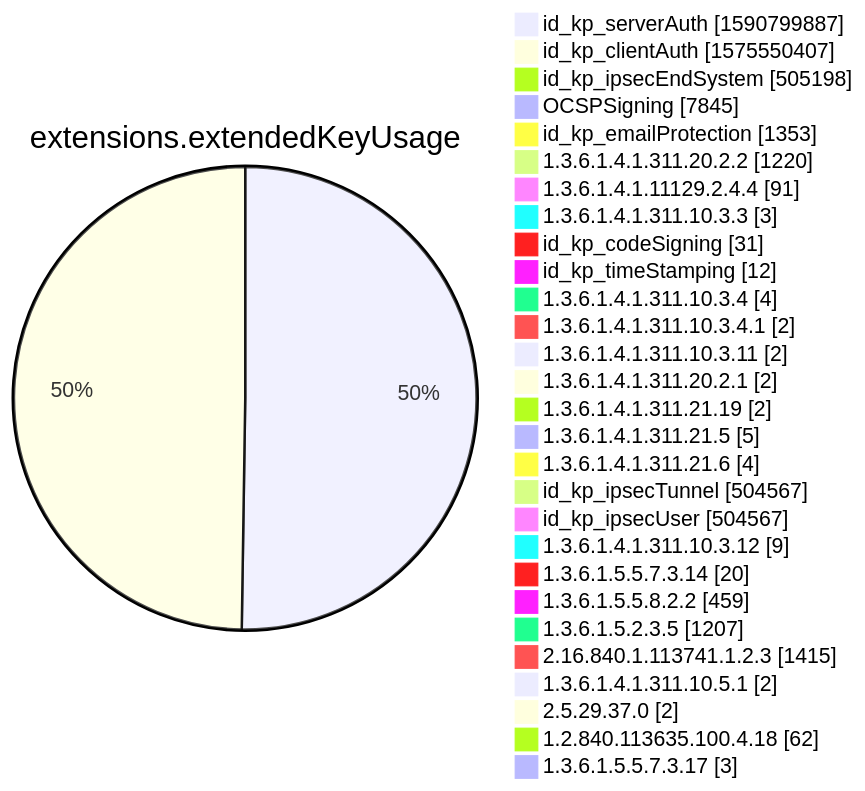
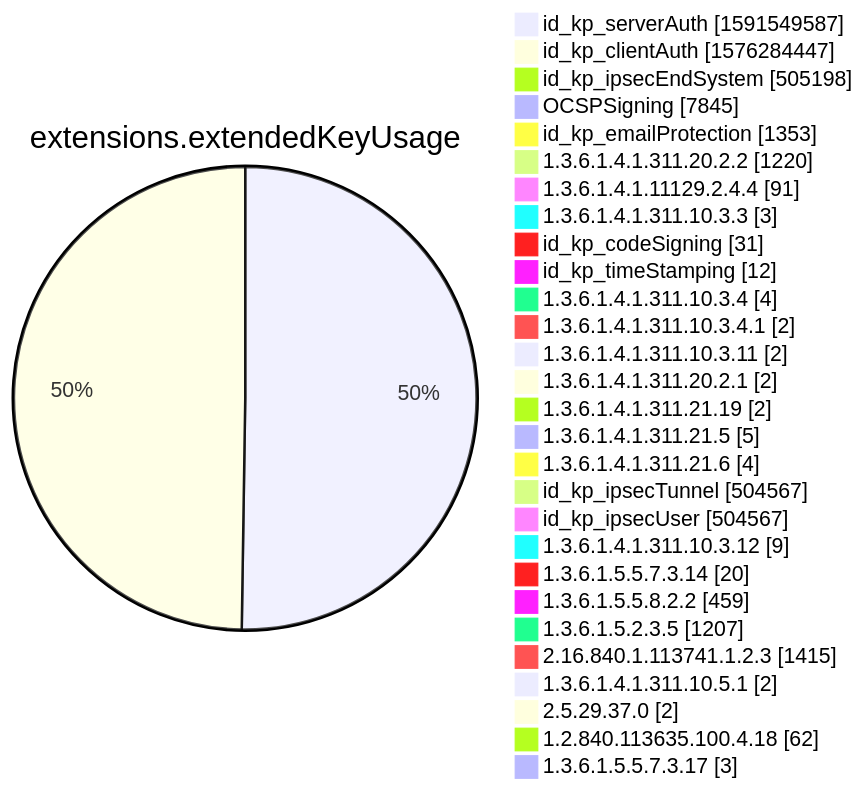
One commit to christiankrug/ctmonitor_visualization changed diagram 12 of 15 in xenon2022/README.md. Above: the diagram before and after it, drawn with Mermaid. The commit also changed other lines of this file, not shown here.

````diff
--- a/xenon2022/README.md
+++ b/xenon2022/README.md
@@ -3885,32 +3885,32 @@
 ```mermaid
 pie showData
 title extensions.extendedKeyUsage
-"id_kp_serverAuth" :1590799887
-"id_kp_clientAuth" :1575550407
+"id_kp_serverAuth" :1591549587
+"id_kp_clientAuth" :1576284447
 "id_kp_ipsecEndSystem" :505198
 "OCSPSigning" :7845
 "id_kp_emailProtection" :1353
 "1.3.6.1.4.1.311.20.2.2" :1220
 "1.3.6.1.4.1.11129.2.4.4" :91
 "1.3.6.1.4.1.311.10.3.3" :3
 "id_kp_codeSigning" :31
 "id_kp_timeStamping" :12
 "1.3.6.1.4.1.311.10.3.4" :4
 "1.3.6.1.4.1.311.10.3.4.1" :2
 "1.3.6.1.4.1.311.10.3.11" :2
 "1.3.6.1.4.1.311.20.2.1" :2
 "1.3.6.1.4.1.311.21.19" :2
 "1.3.6.1.4.1.311.21.5" :5
 "1.3.6.1.4.1.311.21.6" :4
 "id_kp_ipsecTunnel" :504567
 "id_kp_ipsecUser" :504567
 "1.3.6.1.4.1.311.10.3.12" :9
 "1.3.6.1.5.5.7.3.14" :20
 "1.3.6.1.5.5.8.2.2" :459
 "1.3.6.1.5.2.3.5" :1207
 "2.16.840.1.113741.1.2.3" :1415
 "1.3.6.1.4.1.311.10.5.1" :2
 "2.5.29.37.0" :2
 "1.2.840.113635.100.4.18" :62
 "1.3.6.1.5.5.7.3.17" :3
 ```
````
